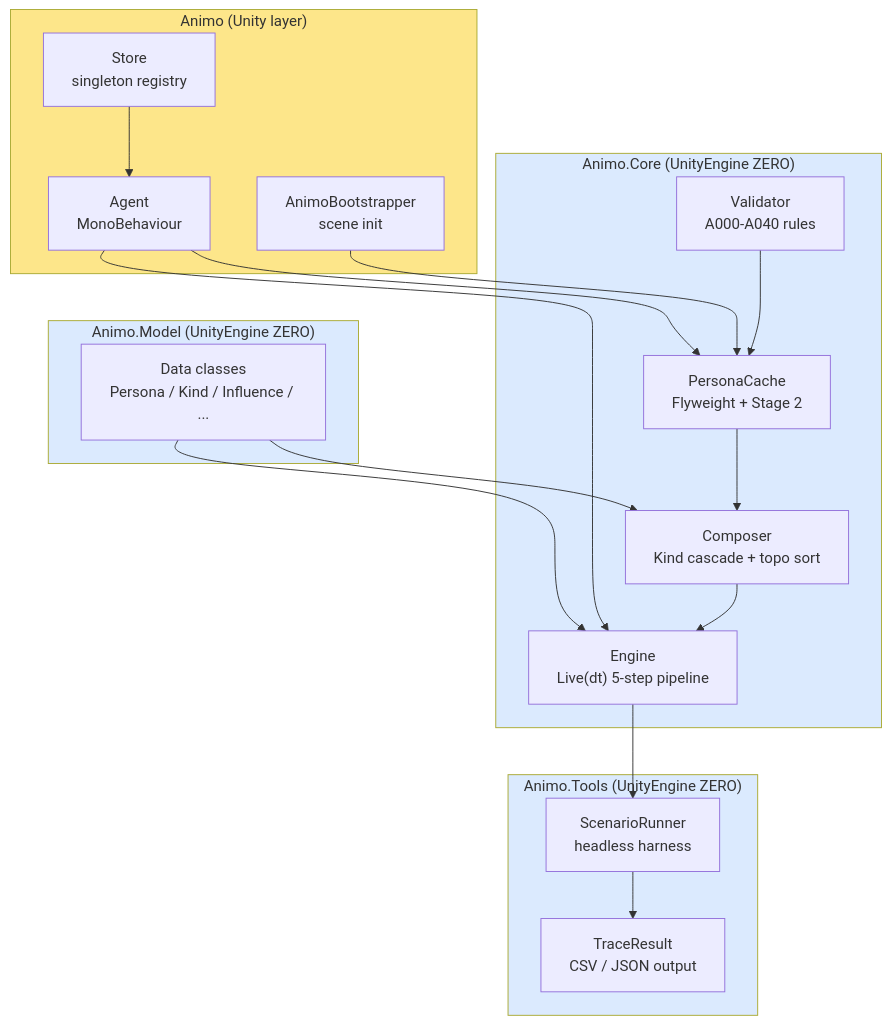
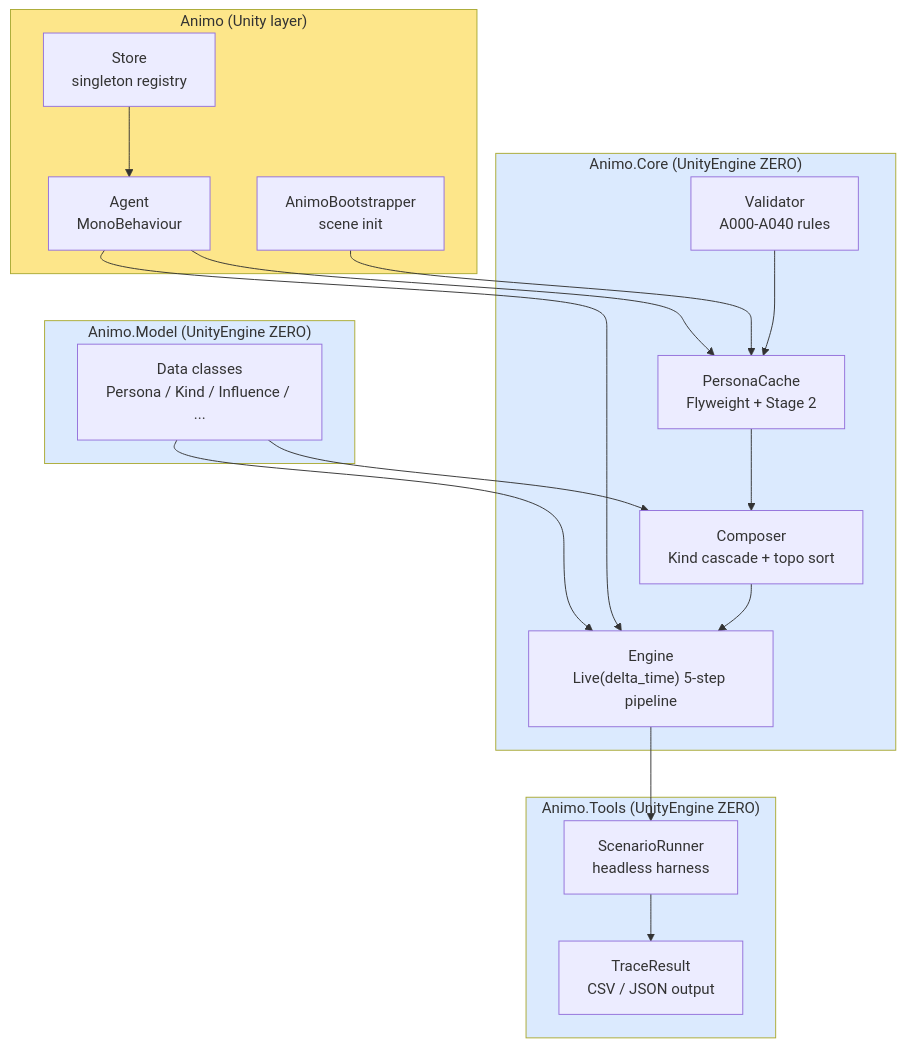
The second of 5 diagrams in docs/state_of_animo_v0.3.0.md (hiroxpepe/animo), drawn with Mermaid before and after one commit. The commit also changed other lines of this file and 72 other files, not shown here.

````diff
--- a/docs/state_of_animo_v0.3.0.md
+++ b/docs/state_of_animo_v0.3.0.md
@@ -63,41 +63,41 @@
 ```mermaid
 flowchart TB
   subgraph Core["Animo.Core (UnityEngine ZERO)"]
-    Engine["Engine<br/>Live(dt) 5-step pipeline"]
+    Engine["Engine<br/>Live(delta_time) 5-step pipeline"]
     Composer["Composer<br/>Kind cascade + topo sort"]
     Validator["Validator<br/>A000-A040 rules"]
     PersonaCache["PersonaCache<br/>Flyweight + Stage 2"]
   end
 
   subgraph Model["Animo.Model (UnityEngine ZERO)"]
     Data["Data classes<br/>Persona / Kind / Influence / ..."]
   end
 
   subgraph Tools["Animo.Tools (UnityEngine ZERO)"]
     Runner["ScenarioRunner<br/>headless harness"]
     Trace["TraceResult<br/>CSV / JSON output"]
   end
 
   subgraph Unity["Animo (Unity layer)"]
     Agent["Agent<br/>MonoBehaviour"]
     Boot["AnimoBootstrapper<br/>scene init"]
     Store["Store<br/>singleton registry"]
   end
 
   Composer --> Engine
   PersonaCache --> Composer
   Validator --> PersonaCache
   Data --> Composer
   Data --> Engine
   Engine --> Runner
   Runner --> Trace
   Agent --> PersonaCache
   Agent --> Engine
   Boot --> PersonaCache
   Store --> Agent
 
   style Core fill:#dbeafe
   style Model fill:#dbeafe
   style Tools fill:#dbeafe
   style Unity fill:#fde68a
 ```
````
